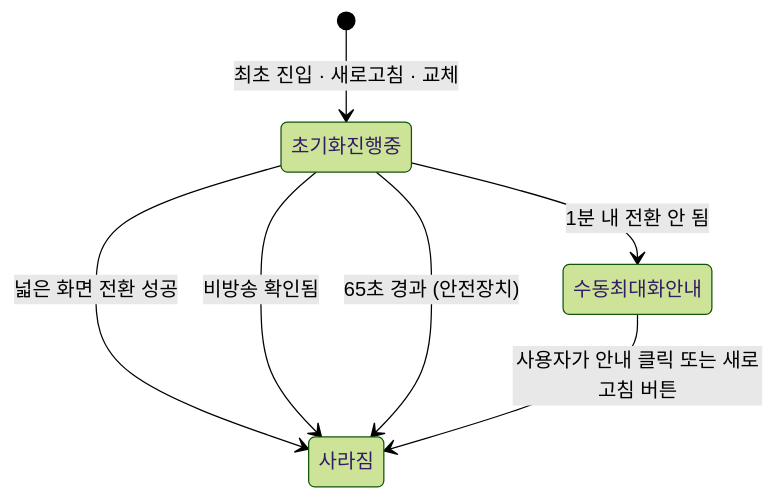
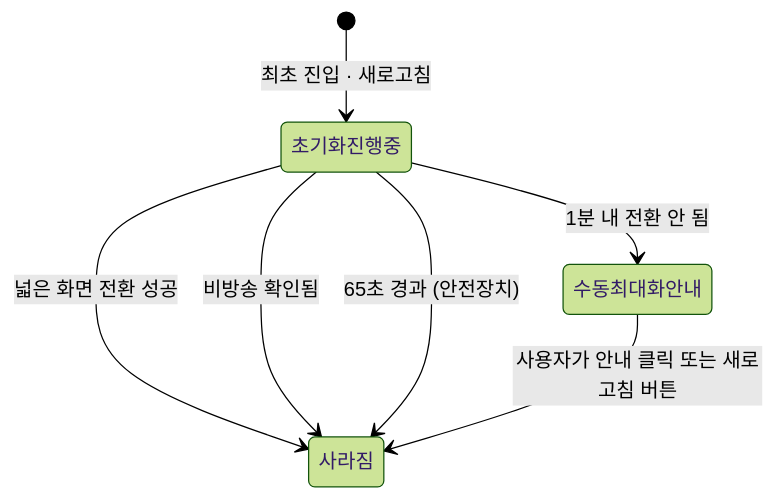
The fourth of 4 diagrams in document/Dashboard.md (QYnote/ChzzkMultiViewer), drawn with Mermaid (forest theme) before and after one commit. The commit also changed other lines of this file and 2 other files, not shown here.

````diff
--- a/document/Dashboard.md
+++ b/document/Dashboard.md
@@ -99,9 +117,9 @@
 ```mermaid
 stateDiagram-v2
-  [*] --> 초기화진행중: 최초 진입 · 새로고침 · 교체
+  [*] --> 초기화진행중: 최초 진입 · 새로고침
   초기화진행중 --> 사라짐: 넓은 화면 전환 성공
   초기화진행중 --> 수동최대화안내: 1분 내 전환 안 됨
   초기화진행중 --> 사라짐: 비방송 확인됨
   초기화진행중 --> 사라짐: 65초 경과 (안전장치)
   수동최대화안내 --> 사라짐: 사용자가 안내 클릭 또는 새로고침 버튼
 ```
````
